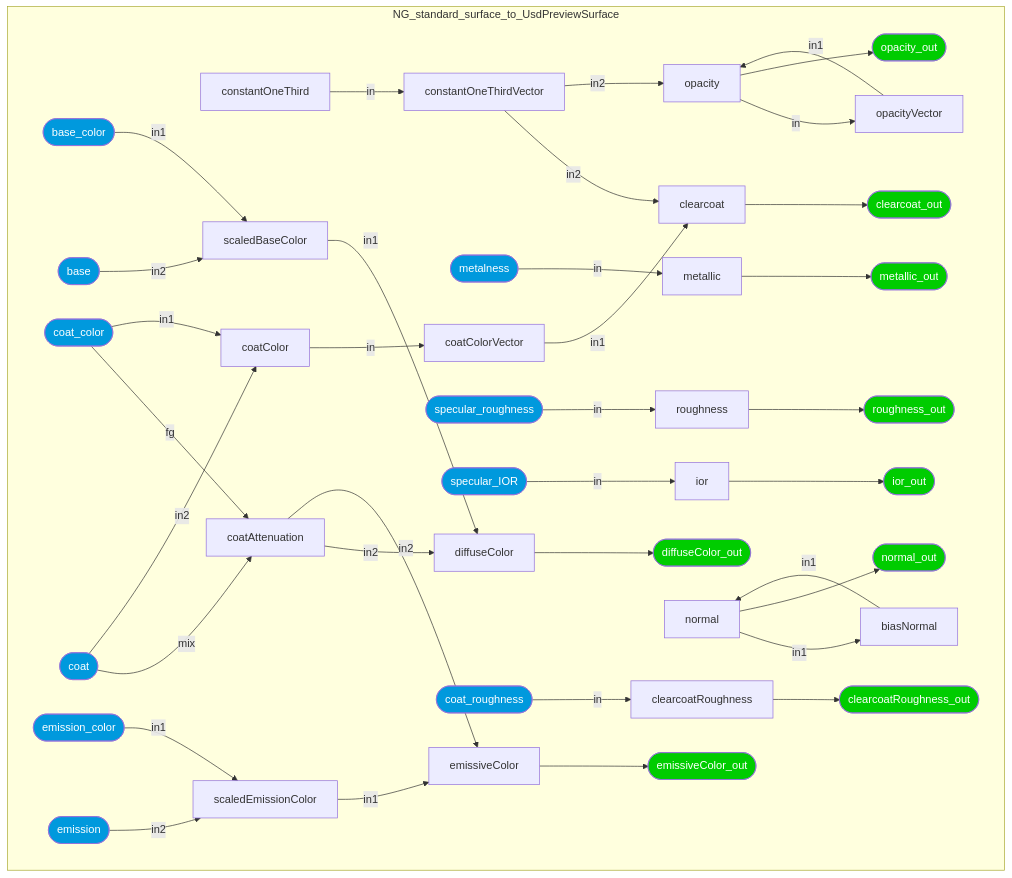
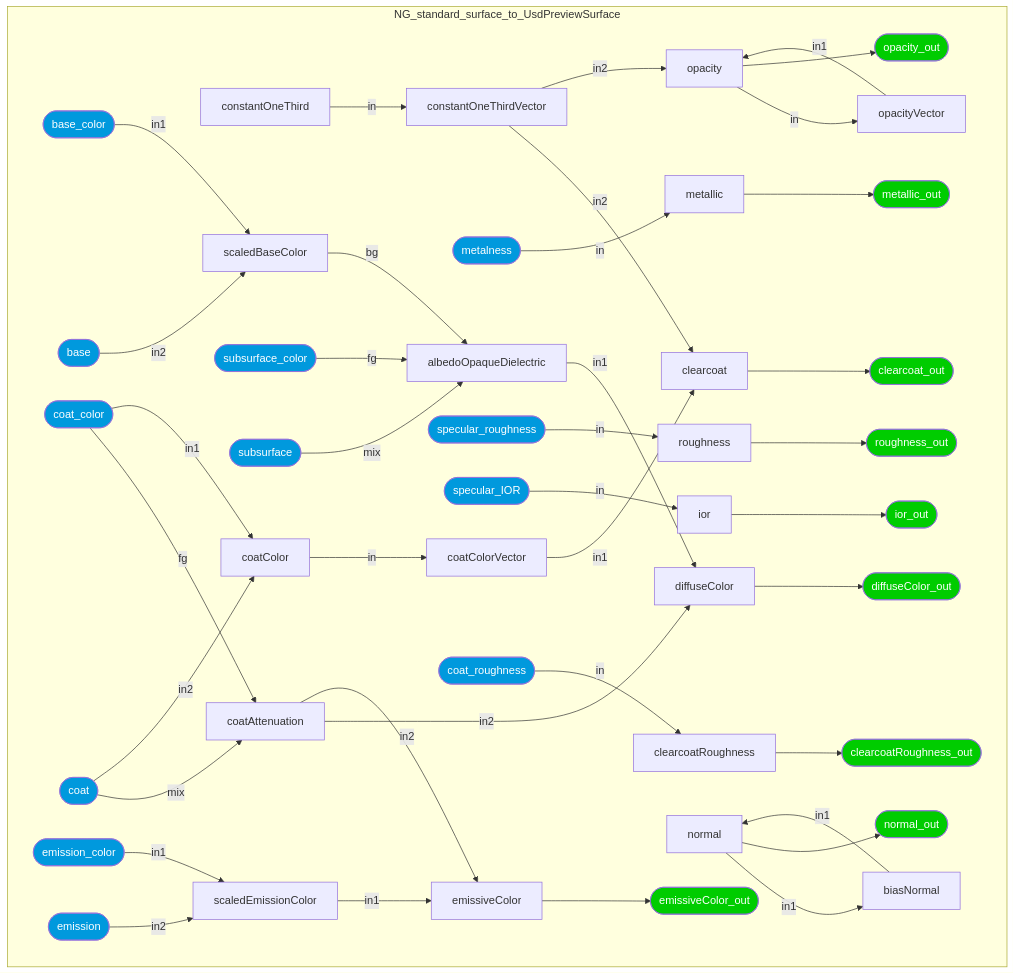
Before and after one commit to kwokcb/MaterialX_Learn: diagram 44 of 44 in documents/definitions/bxdf_doc.md, drawn with Mermaid. The commit also changed other lines of this file and 285 other files, not shown here.

```diff
--- a/documents/definitions/bxdf_doc.md
+++ b/documents/definitions/bxdf_doc.md
@@ -4695,6 +4672,7 @@
     NG_standard_surface_to_UsdPreviewSurface_constantOneThirdVector[constantOneThirdVector]
     NG_standard_surface_to_UsdPreviewSurface_metallic[metallic]
     NG_standard_surface_to_UsdPreviewSurface_scaledBaseColor[scaledBaseColor]
+    NG_standard_surface_to_UsdPreviewSurface_albedoOpaqueDielectric[albedoOpaqueDielectric]
     NG_standard_surface_to_UsdPreviewSurface_coatAttenuation[coatAttenuation]
     NG_standard_surface_to_UsdPreviewSurface_diffuseColor[diffuseColor]
     NG_standard_surface_to_UsdPreviewSurface_roughness[roughness]
@@ -4733,6 +4711,10 @@
     NG_standard_surface_to_UsdPreviewSurface_base_color([base_color])
     style NG_standard_surface_to_UsdPreviewSurface_base  fill:#09D, color:#FFF
     NG_standard_surface_to_UsdPreviewSurface_base([base])
+    style NG_standard_surface_to_UsdPreviewSurface_subsurface_color  fill:#09D, color:#FFF
+    NG_standard_surface_to_UsdPreviewSurface_subsurface_color([subsurface_color])
+    style NG_standard_surface_to_UsdPreviewSurface_subsurface  fill:#09D, color:#FFF
+    NG_standard_surface_to_UsdPreviewSurface_subsurface([subsurface])
     style NG_standard_surface_to_UsdPreviewSurface_coat_color  fill:#09D, color:#FFF
     NG_standard_surface_to_UsdPreviewSurface_coat_color([coat_color])
     style NG_standard_surface_to_UsdPreviewSurface_coat  fill:#09D, color:#FFF
@@ -4752,9 +4734,12 @@
     NG_standard_surface_to_UsdPreviewSurface_metalness --"in"--> NG_standard_surface_to_UsdPreviewSurface_metallic
     NG_standard_surface_to_UsdPreviewSurface_base_color --"in1"--> NG_standard_surface_to_UsdPreviewSurface_scaledBaseColor
     NG_standard_surface_to_UsdPreviewSurface_base --"in2"--> NG_standard_surface_to_UsdPreviewSurface_scaledBaseColor
+    NG_standard_surface_to_UsdPreviewSurface_subsurface_color --"fg"--> NG_standard_surface_to_UsdPreviewSurface_albedoOpaqueDielectric
+    NG_standard_surface_to_UsdPreviewSurface_scaledBaseColor --"bg"--> NG_standard_surface_to_UsdPreviewSurface_albedoOpaqueDielectric
+    NG_standard_surface_to_UsdPreviewSurface_subsurface --"mix"--> NG_standard_surface_to_UsdPreviewSurface_albedoOpaqueDielectric
     NG_standard_surface_to_UsdPreviewSurface_coat_color --"fg"--> NG_standard_surface_to_UsdPreviewSurface_coatAttenuation
     NG_standard_surface_to_UsdPreviewSurface_coat --"mix"--> NG_standard_surface_to_UsdPreviewSurface_coatAttenuation
-    NG_standard_surface_to_UsdPreviewSurface_scaledBaseColor --"in1"--> NG_standard_surface_to_UsdPreviewSurface_diffuseColor
+    NG_standard_surface_to_UsdPreviewSurface_albedoOpaqueDielectric --"in1"--> NG_standard_surface_to_UsdPreviewSurface_diffuseColor
     NG_standard_surface_to_UsdPreviewSurface_coatAttenuation --"in2"--> NG_standard_surface_to_UsdPreviewSurface_diffuseColor
     NG_standard_surface_to_UsdPreviewSurface_specular_roughness --"in"--> NG_standard_surface_to_UsdPreviewSurface_roughness
     NG_standard_surface_to_UsdPreviewSurface_specular_IOR --"in"--> NG_standard_surface_to_UsdPreviewSurface_ior
```
